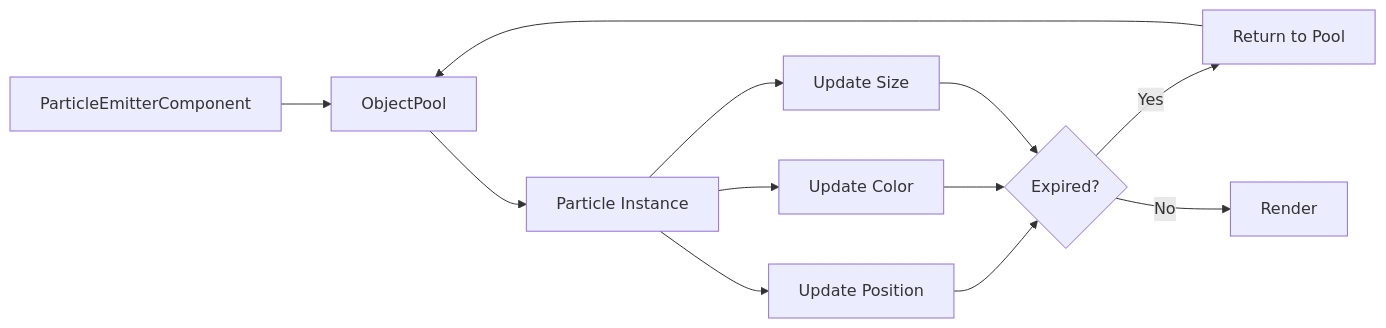
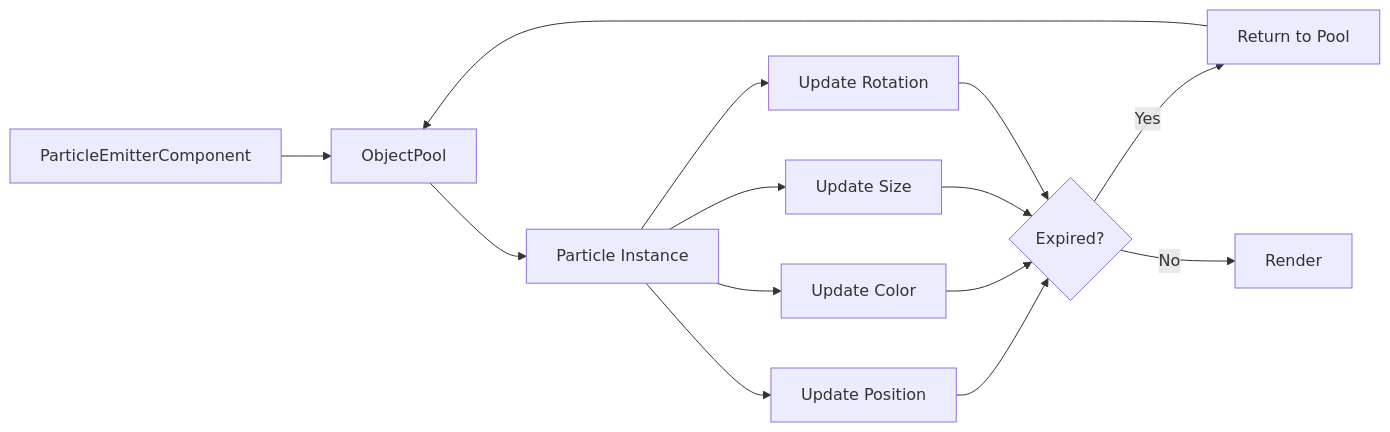
One commit to CrazyPickleStudios/Brine2D-Documentation changed the diagram in docs/guides/rendering/particles.md. Above: the diagram before and after it, drawn with Mermaid. The commit also changed other lines of this file and 11 other files, not shown here.

````diff
--- a/docs/guides/rendering/particles.md
+++ b/docs/guides/rendering/particles.md
@@ -14,14 +21,16 @@
 ```mermaid
 graph LR
     A[ParticleEmitterComponent] --> B[ObjectPool]
     B --> C[Particle Instance]
     C --> D[Update Position]
     C --> E[Update Color]
     C --> F[Update Size]
-    D --> G{Expired?}
-    E --> G
-    F --> G
-    G -->|Yes| H[Return to Pool]
-    G -->|No| I[Render]
-    H --> B
+    C --> G[Update Rotation]
+    D --> H{Expired?}
+    E --> H
+    F --> H
+    G --> H
+    H -->|Yes| I[Return to Pool]
+    H -->|No| J[Render]
+    I --> B
 ```
````
